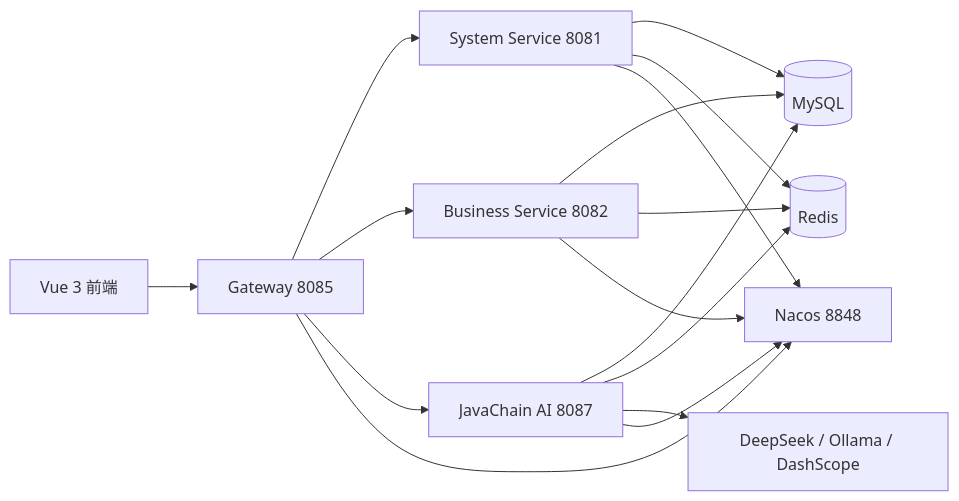
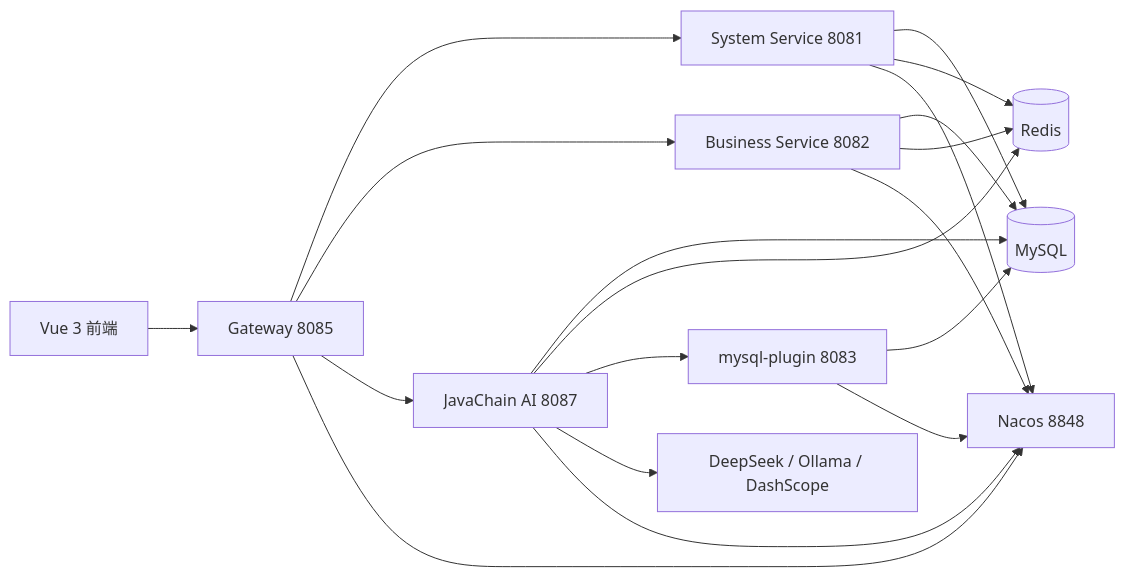
Before and after one commit to tonnyKnown/AI_grow: the diagram in README.md, drawn with Mermaid. The commit also changed other lines of this file and 122 other files, not shown here.

````diff
--- a/README.md
+++ b/README.md
@@ -35,18 +37,21 @@
 ```mermaid
 flowchart LR
     A[Vue 3 前端] --> B[Gateway 8085]
     B --> C[System Service 8081]
     B --> D[Business Service 8082]
     B --> E[JavaChain AI 8087]
     C --> F[(MySQL)]
     D --> F
     C --> G[(Redis)]
     D --> G
     E --> F
     E --> G
+    E --> J[mysql-plugin 8083]
+    J --> F
+    J --> I
     E --> H[DeepSeek / Ollama / DashScope]
     B --> I[Nacos 8848]
     C --> I
     D --> I
     E --> I
 ```
````
